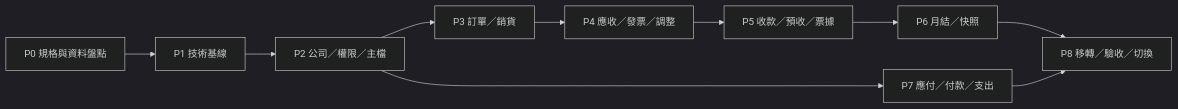
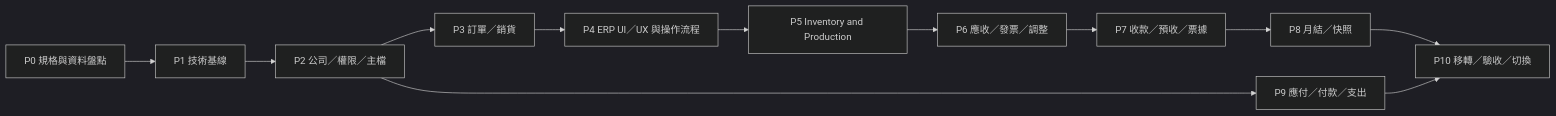
One commit to linliwei0909/ERP changed the diagram in docs/IMPLEMENTATION_PLAN.md. Above: the diagram before and after it, drawn with Mermaid (dark theme). The commit also changed other lines of this file and 10 other files, not shown here.

Commit message:
docs(p4): define UI UX roadmap and blueprint

````diff
--- a/docs/IMPLEMENTATION_PLAN.md
+++ b/docs/IMPLEMENTATION_PLAN.md
@@ -18,12 +20,14 @@
 ```mermaid
 flowchart LR
   P0["P0 規格與資料盤點"] --> P1["P1 技術基線"]
   P1 --> P2["P2 公司／權限／主檔"]
   P2 --> P3["P3 訂單／銷貨"]
-  P3 --> P4["P4 應收／發票／調整"]
-  P4 --> P5["P5 收款／預收／票據"]
-  P5 --> P6["P6 月結／快照"]
-  P2 --> P7["P7 應付／付款／支出"]
-  P6 --> P8["P8 移轉／驗收／切換"]
-  P7 --> P8
+  P3 --> P4["P4 ERP UI／UX 與操作流程"]
+  P4 --> P5["P5 Inventory and Production"]
+  P5 --> P6["P6 應收／發票／調整"]
+  P6 --> P7["P7 收款／預收／票據"]
+  P7 --> P8["P8 月結／快照"]
+  P2 --> P9["P9 應付／付款／支出"]
+  P8 --> P10["P10 移轉／驗收／切換"]
+  P9 --> P10
 ```
````
